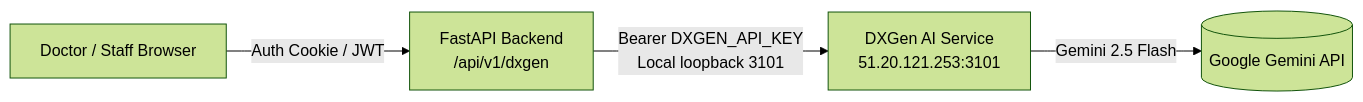
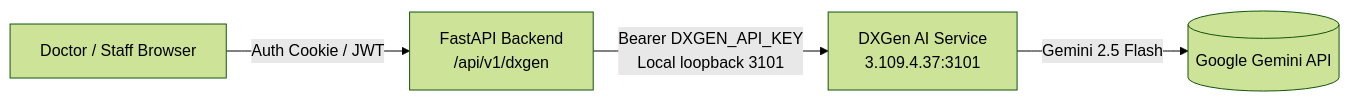
One commit to Zamir-MoN/Kush-Dental changed the diagram in docs/DXGEN_API_DOCUMENTATION.md. Above: the diagram before and after it, drawn with Mermaid (forest theme). The commit also changed other lines of this file and 170 other files, not shown here.

````diff
--- a/docs/DXGEN_API_DOCUMENTATION.md
+++ b/docs/DXGEN_API_DOCUMENTATION.md
@@ -12,6 +12,6 @@
 ```mermaid
 flowchart LR
     A[Doctor / Staff Browser] -->|Auth Cookie / JWT| B[FastAPI Backend\n/api/v1/dxgen]
-    B -->|Bearer DXGEN_API_KEY\nLocal loopback 3101| C[DXGen AI Service\n51.20.121.253:3101]
+    B -->|Bearer DXGEN_API_KEY\nLocal loopback 3101| C[DXGen AI Service\n3.109.4.37:3101]
     C -->|Gemini 2.5 Flash| D[(Google Gemini API)]
 ```
````
